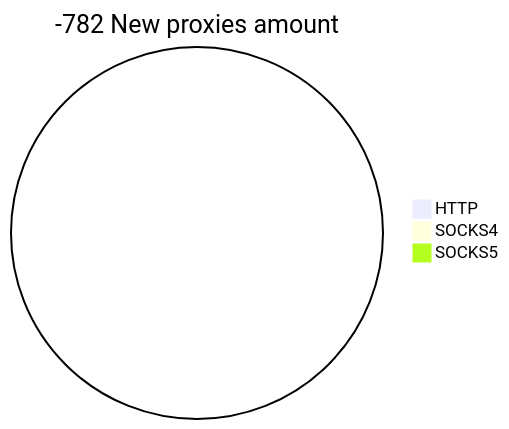
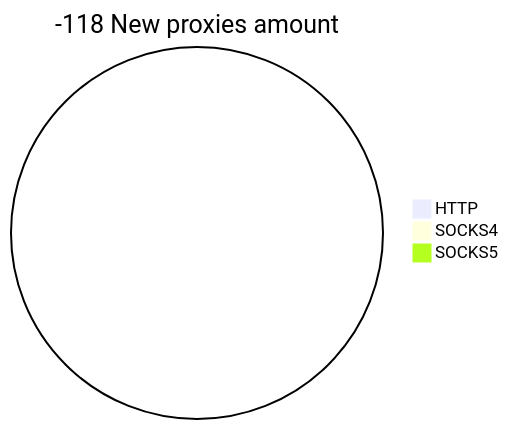
Before and after one commit to cutipu/proxylist: the second of 2 diagrams in README.md, drawn with Mermaid. The commit also changed other lines of this file, not shown here.

````diff
--- a/README.md
+++ b/README.md
@@ -10,6 +10,6 @@
 ```mermaid
-pie title -782 New proxies amount
+pie title -118 New proxies amount
     "HTTP" : 0
     "SOCKS4" : 0
     "SOCKS5" : 0
 ```
````
